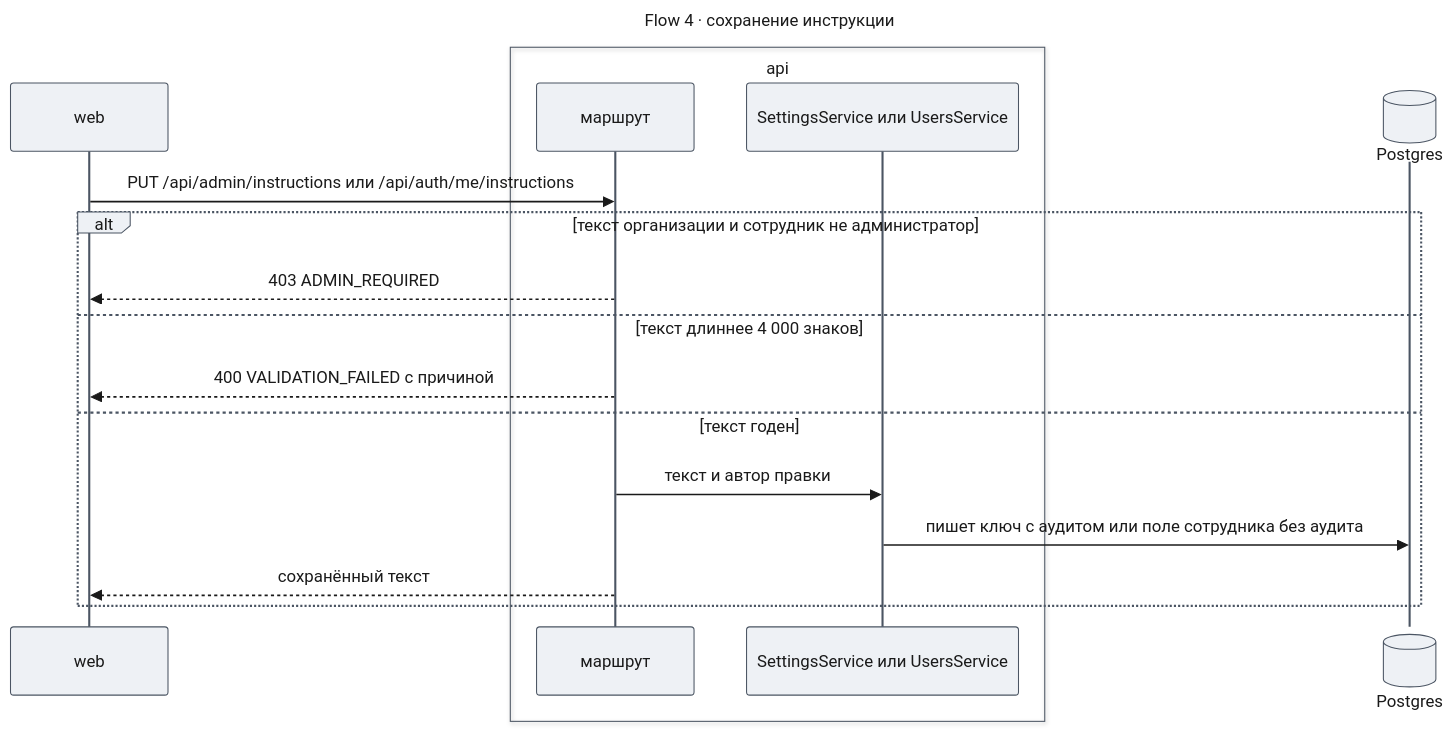
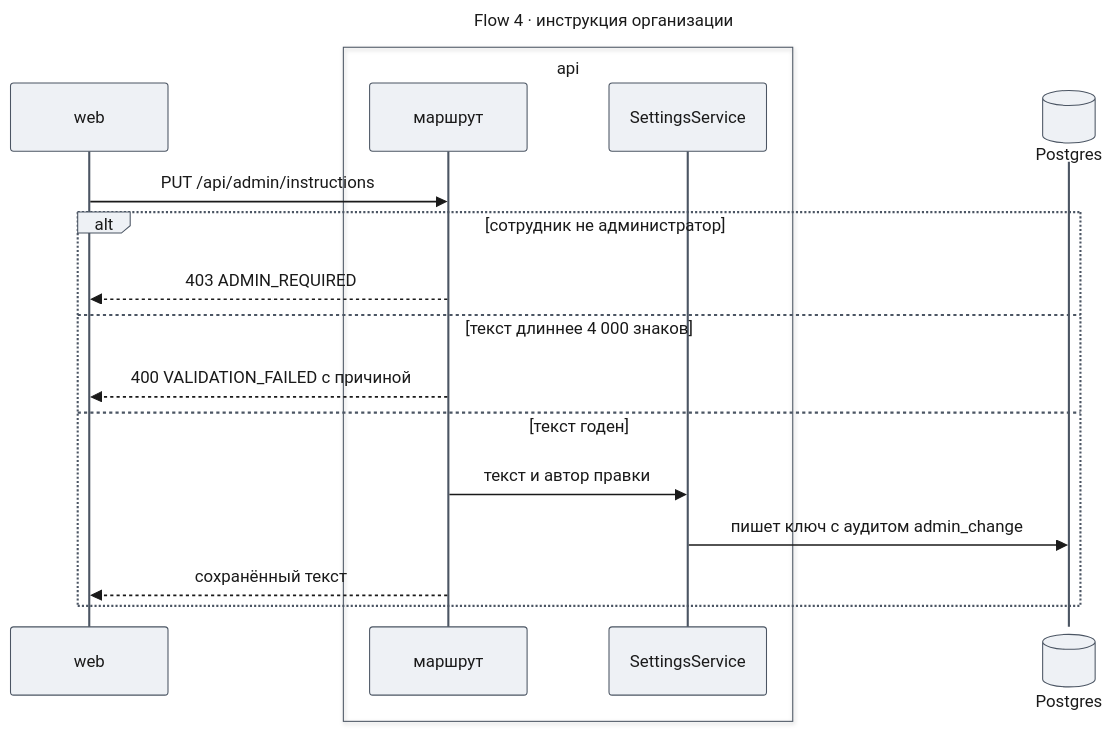
The sixth of 7 diagrams in docs/features/agent-guidance/design-server.md (tundraray/agent-os), drawn with Mermaid before and after one commit. The commit also changed other lines of this file, not shown here.

Commit message:
docs: personal instructions tool in the agent guidance server design

````diff
--- a/docs/features/agent-guidance/design-server.md
+++ b/docs/features/agent-guidance/design-server.md
@@ -438,39 +452,39 @@
 ```mermaid
 ---
-title: "Flow 4 · сохранение инструкции"
+title: "Flow 4 · инструкция организации"
 config:
   theme: base
   look: classic
   themeVariables:
     primaryColor: "#eef1f5"
     primaryBorderColor: "#4b5563"
     primaryTextColor: "#1a1a1a"
     lineColor: "#6b7280"
   themeCSS: |
     @keyframes lit_f4{0%,15%{stroke:#991b1b;stroke-width:6px}16.7%,100%{stroke:#37474f;stroke-width:2px}}
     @keyframes litr_f4{0%,15%{stroke:#1d4ed8;stroke-width:6px}16.7%,100%{stroke:#37474f;stroke-width:2px}}
     .messageLine0[data-id='i0'],.messageLine1[data-id='i0']{animation:lit_f4 7.2s linear 0s infinite}
     .messageLine0[data-id='i2'],.messageLine1[data-id='i2']{animation:litr_f4 7.2s linear 1.2s infinite}
     .messageLine0[data-id='i4'],.messageLine1[data-id='i4']{animation:litr_f4 7.2s linear 2.4s infinite}
     .messageLine0[data-id='i6'],.messageLine1[data-id='i6']{animation:lit_f4 7.2s linear 3.6s infinite}
     .messageLine0[data-id='i7'],.messageLine1[data-id='i7']{animation:lit_f4 7.2s linear 4.8s infinite}
     .messageLine0[data-id='i8'],.messageLine1[data-id='i8']{animation:litr_f4 7.2s linear 6s infinite}
 ---
 sequenceDiagram
     participant Web as web
     box api
         participant Ctl as маршрут
-        participant Svc as SettingsService или UsersService
+        participant Svc as SettingsService
     end
     participant DB@{ "type": "database" } as Postgres
-    Web->>Ctl: PUT /api/admin/instructions или /api/auth/me/instructions
-    alt текст организации и сотрудник не администратор
+    Web->>Ctl: PUT /api/admin/instructions
+    alt сотрудник не администратор
         Ctl-->>Web: 403 ADMIN_REQUIRED
     else текст длиннее 4 000 знаков
         Ctl-->>Web: 400 VALIDATION_FAILED с причиной
     else текст годен
         Ctl->>Svc: текст и автор правки
-        Svc->>DB: пишет ключ с аудитом или поле сотрудника без аудита
+        Svc->>DB: пишет ключ с аудитом admin_change
         Ctl-->>Web: сохранённый текст
     end
 ```
````
